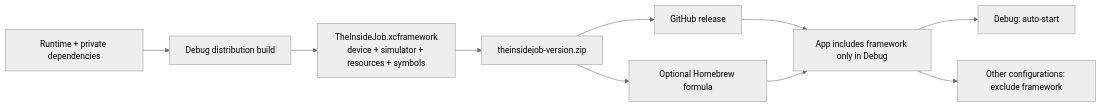
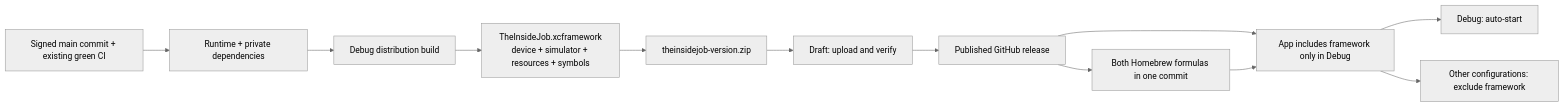
The first of 3 diagrams in docs/ARCHITECTURE.md (TheButtonHeist/TheButtonHeist), drawn with Mermaid (neutral theme) before and after one commit. The commit also changed other lines of this file and 13 other files, not shown here.

Commit message:
Publish releases from signed green main with atomic tap updates

````diff
--- a/docs/ARCHITECTURE.md
+++ b/docs/ARCHITECTURE.md
@@ -59,12 +70,14 @@
 ```mermaid
 flowchart LR
-    Sources["Runtime + private dependencies"] --> Package["Debug distribution build"]
+    Main["Signed main commit + existing green CI"] --> Sources["Runtime + private dependencies"]
+    Sources --> Package["Debug distribution build"]
     Package --> Framework["TheInsideJob.xcframework<br/>device + simulator + resources + symbols"]
     Framework --> Zip["theinsidejob-version.zip"]
-    Zip --> GitHub["GitHub release"]
-    Zip --> Brew["Optional Homebrew formula"]
+    Zip --> Draft["Draft: upload and verify"]
+    Draft --> GitHub["Published GitHub release"]
+    GitHub --> Brew["Both Homebrew formulas in one commit"]
     GitHub --> App["App includes framework only in Debug"]
     Brew --> App
     App --> Debug["Debug: auto-start"]
     App --> Release["Other configurations: exclude framework"]
 ```
````
